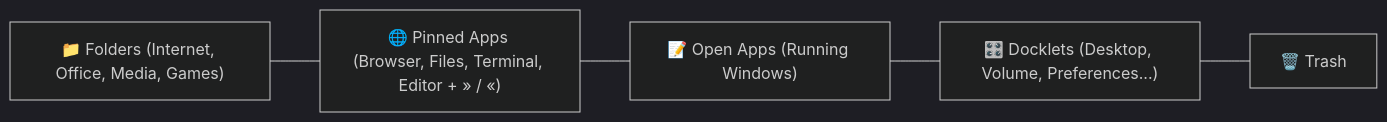
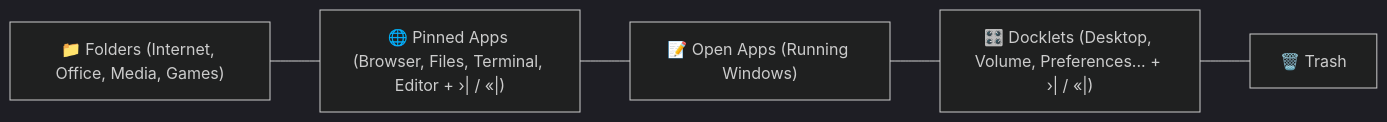
The first of 3 diagrams in Documentation/USER_GUIDE.md (sergiomelas/WayPlank), drawn with Mermaid (dark theme) before and after one commit. The commit also changed other lines of this file and 76 other files, not shown here.

````diff
--- a/Documentation/USER_GUIDE.md
+++ b/Documentation/USER_GUIDE.md
@@ -98,7 +98,7 @@
 ```mermaid
 flowchart LR
-    F["📁 Folders (Internet, Office, Media, Games)"] --- P["🌐 Pinned Apps (Browser, Files, Terminal, Editor + » / «)"]
+    F["📁 Folders (Internet, Office, Media, Games)"] --- P["🌐 Pinned Apps (Browser, Files, Terminal, Editor + ›| / «|)"]
     P --- O["📝 Open Apps (Running Windows)"]
-    O --- D["🎛️ Docklets (Desktop, Volume, Preferences...)"]
+    O --- D["🎛️ Docklets (Desktop, Volume, Preferences... + ›| / «|)"]
     D --- T["🗑️ Trash"]
 ```
````
